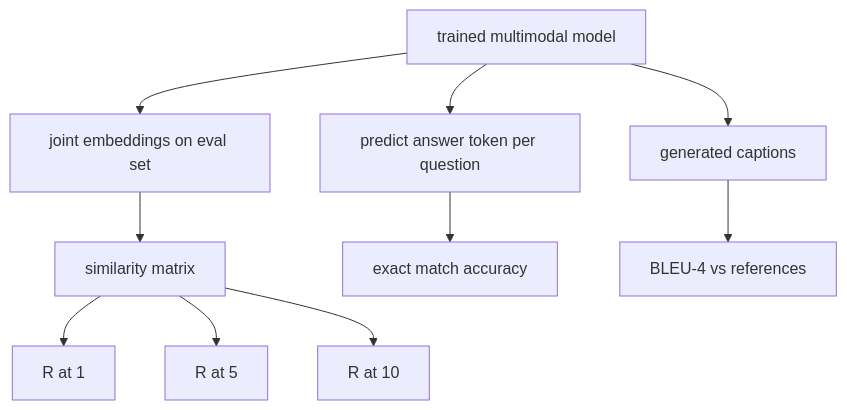
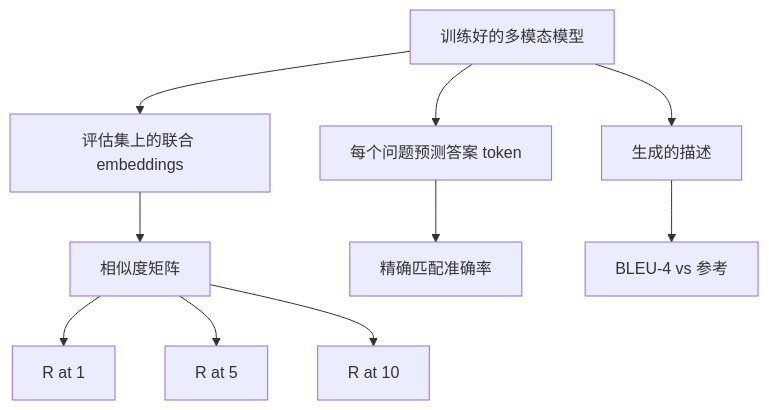
One commit to guangningsun/ailearning changed the diagram in lessons/19-capstone-projects/63-multimodal-eval/docs/zh.md. Above: the diagram before and after it, drawn with Mermaid. The commit also changed other lines of this file and 85 other files, not shown here.

````diff
--- a/lessons/19-capstone-projects/63-multimodal-eval/docs/zh.md
+++ b/lessons/19-capstone-projects/63-multimodal-eval/docs/zh.md
@@ -29,12 +29,12 @@
 ```mermaid
 flowchart TB
-  Model[trained multimodal model] --> Embed[joint embeddings on eval set]
-  Embed --> Sim[similarity matrix]
+  Model[训练好的多模态模型] --> Embed[评估集上的联合 embeddings]
+  Embed --> Sim[相似度矩阵]
   Sim --> R1[R at 1]
   Sim --> R5[R at 5]
   Sim --> R10[R at 10]
-  Model --> VQA[predict answer token per question]
-  VQA --> EM[exact match accuracy]
-  Model --> Caps[generated captions]
-  Caps --> BLEU[BLEU-4 vs references]
+  Model --> VQA[每个问题预测答案 token]
+  VQA --> EM[精确匹配准确率]
+  Model --> Caps[生成的描述]
+  Caps --> BLEU[BLEU-4 vs 参考]
 ```
````
